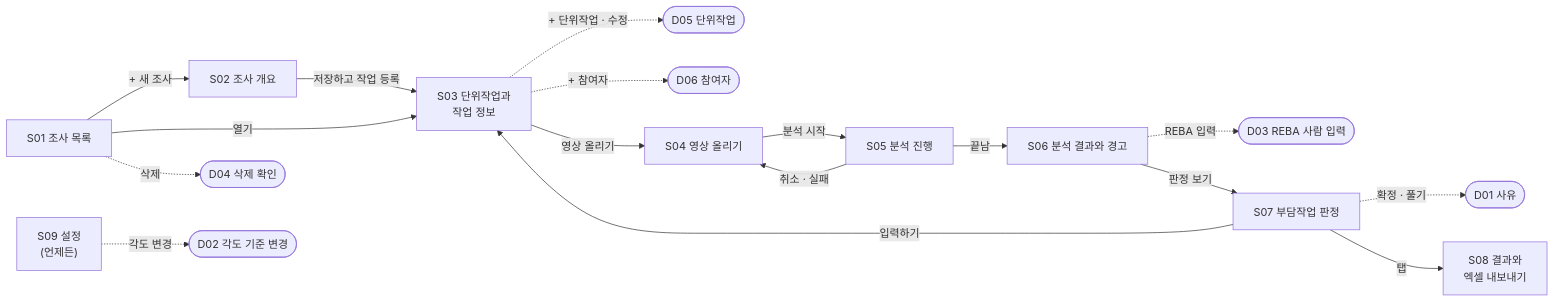
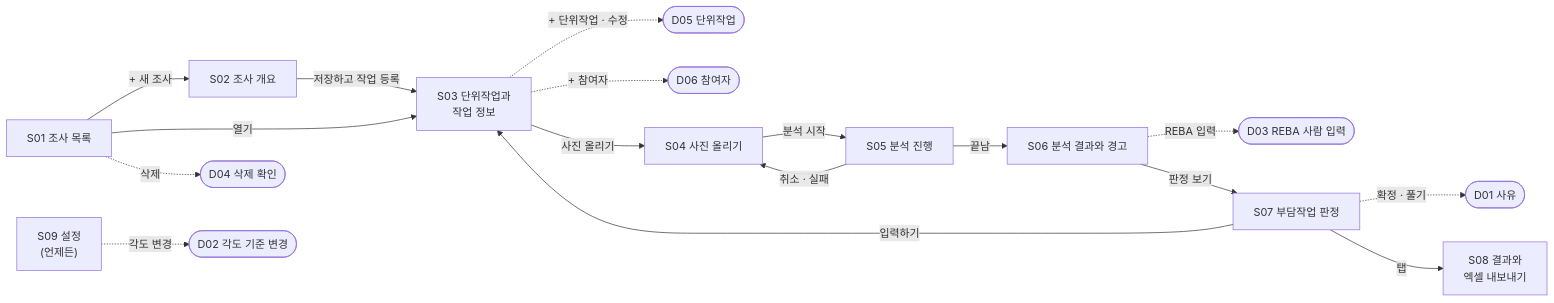
Before and after one commit to LOCO-KOREA/LOCO: the diagram in docs/화면설계서.md, drawn with Mermaid. The commit also changed other lines of this file and 72 other files, not shown here.

````diff
--- a/docs/화면설계서.md
+++ b/docs/화면설계서.md
@@ -574,19 +575,19 @@
 ```mermaid
 flowchart LR
   S01["S01 조사 목록"] -->|"+ 새 조사"| S02["S02 조사 개요"]
   S01 -->|열기| S03["S03 단위작업과<br/>작업 정보"]
   S01 -.->|삭제| D04(["D04 삭제 확인"])
   S02 -->|저장하고 작업 등록| S03
   S03 -.->|"+ 단위작업 · 수정"| D05(["D05 단위작업"])
   S03 -.->|"+ 참여자"| D06(["D06 참여자"])
-  S03 -->|영상 올리기| S04["S04 영상 올리기"]
+  S03 -->|사진 올리기| S04["S04 사진 올리기"]
   S04 -->|분석 시작| S05["S05 분석 진행"]
   S05 -->|끝남| S06["S06 분석 결과와 경고"]
   S05 -->|취소 · 실패| S04
   S06 -.->|REBA 입력| D03(["D03 REBA 사람 입력"])
   S06 -->|판정 보기| S07["S07 부담작업 판정"]
   S07 -.->|"확정 · 풀기"| D01(["D01 사유"])
   S07 -->|입력하기| S03
   S07 -->|탭| S08["S08 결과와<br/>엑셀 내보내기"]
   S09["S09 설정<br/>(언제든)"] -.->|각도 변경| D02(["D02 각도 기준 변경"])
 ```
````
